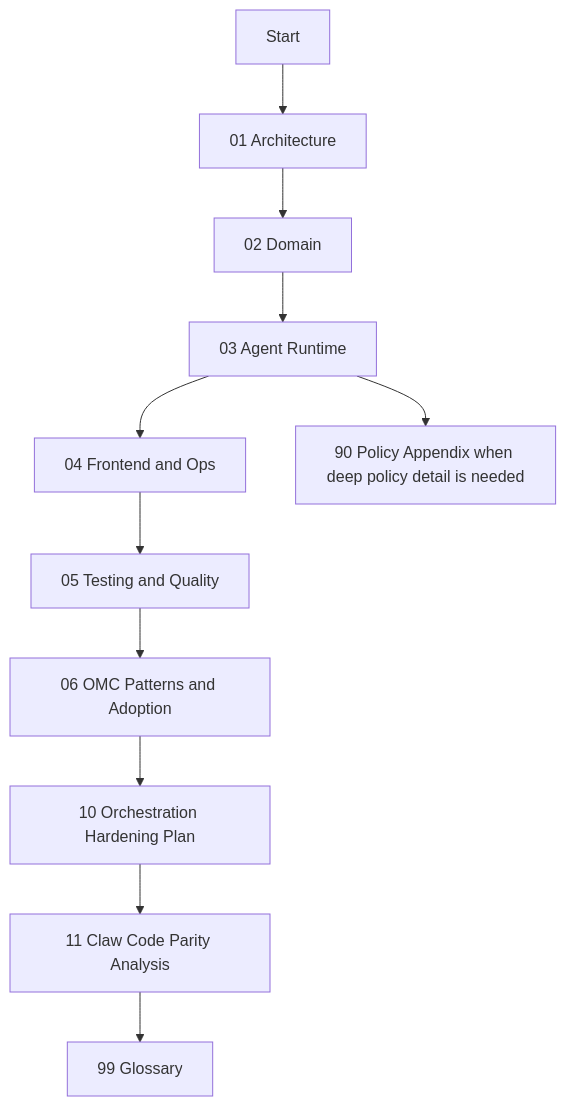
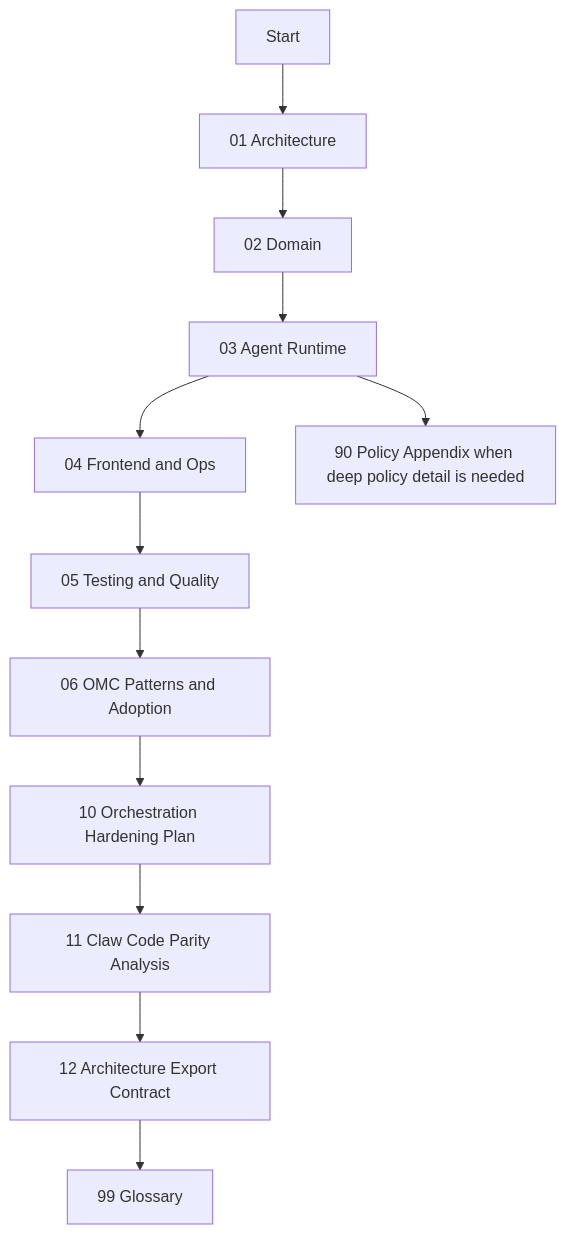
One commit to nirm3l/constructos-dev changed the diagram in docs/internal/00-index.md. Above: the diagram before and after it, drawn with Mermaid. The commit also changed other lines of this file and 59 other files, not shown here.

Commit message:
feat: expand architecture inventory, doctor workflows, and UI coverage

````diff
--- a/docs/internal/00-index.md
+++ b/docs/internal/00-index.md
@@ -27,13 +28,14 @@
 ```mermaid
 flowchart TD
   A[Start] --> B[01 Architecture]
   B --> C[02 Domain]
   C --> D[03 Agent Runtime]
   D --> E[04 Frontend and Ops]
   E --> F[05 Testing and Quality]
   F --> G[06 OMC Patterns and Adoption]
   G --> J[10 Orchestration Hardening Plan]
   J --> K[11 Claw Code Parity Analysis]
-  K --> H[99 Glossary]
+  K --> L[12 Architecture Export Contract]
+  L --> H[99 Glossary]
   D --> I[90 Policy Appendix when deep policy detail is needed]
 ```
````
